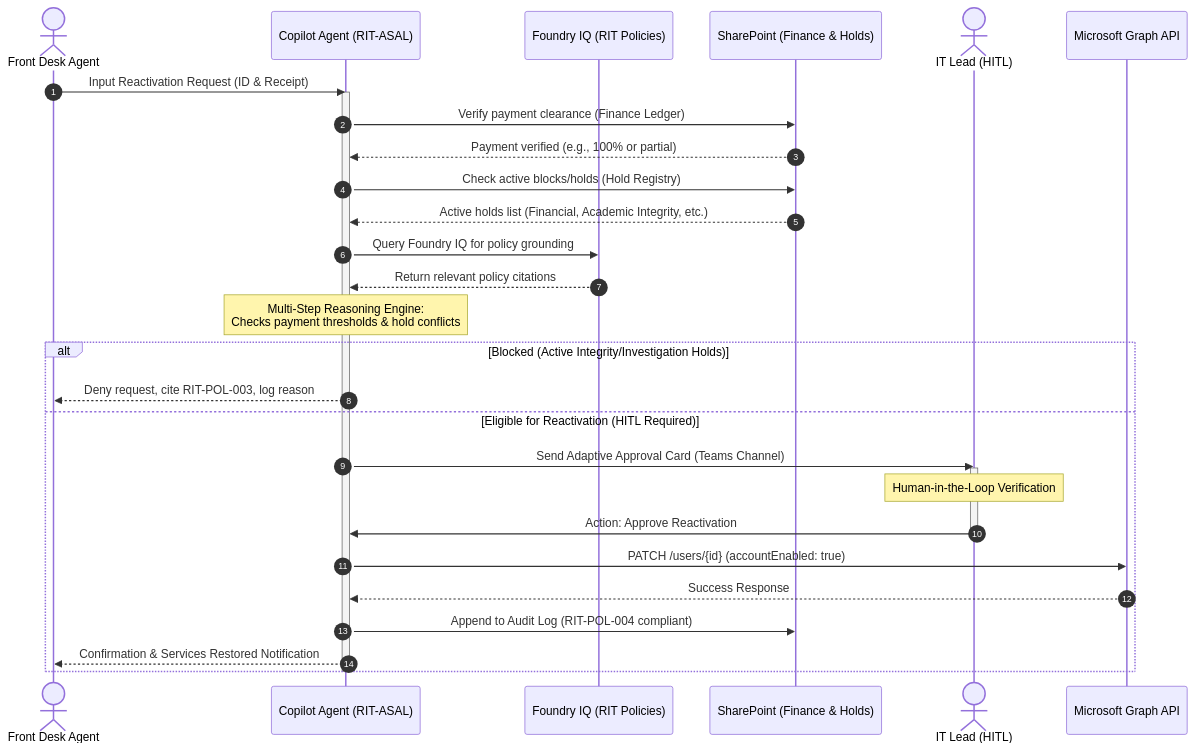
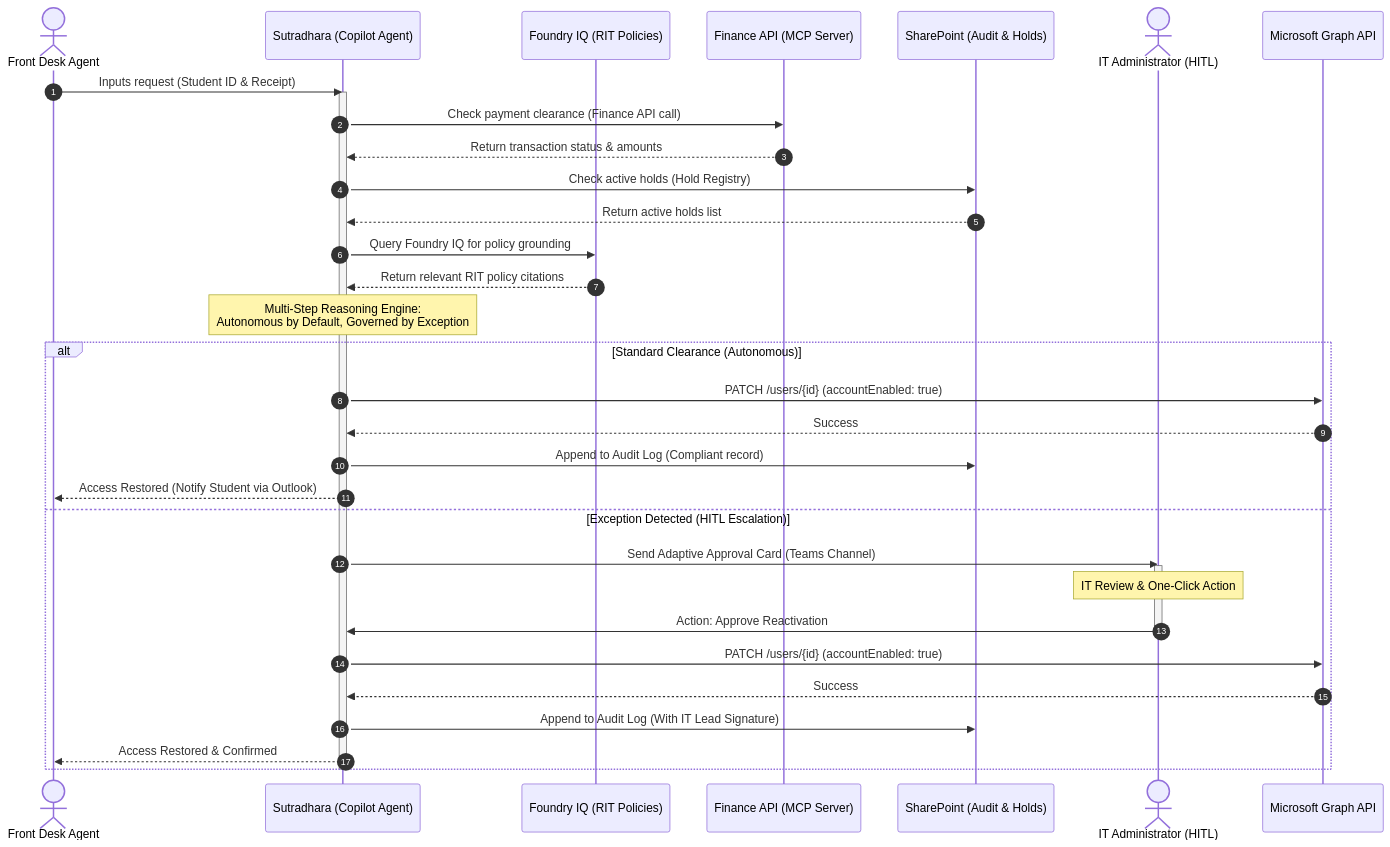
Before and after one commit to Ganesh2006646/Agent-League-Hackathon---microsoft: the diagram in README.md, drawn with Mermaid. The commit also changed other lines of this file and 7 other files, not shown here.

````diff
--- a/README.md
+++ b/README.md
@@ -10,34 +12,38 @@
 ```mermaid
 sequenceDiagram
     autonumber
     actor FD as Front Desk Agent
-    participant C as Copilot Agent (RIT-ASAL)
+    participant S as Sutradhara (Copilot Agent)
     participant KB as Foundry IQ (RIT Policies)
-    participant SP as SharePoint (Finance & Holds)
-    actor IT as IT Lead (HITL)
-    participant MSG as Microsoft Graph API
+    participant MCP as Finance API (MCP Server)
+    participant SP as SharePoint (Audit & Holds)
+    actor IT as IT Administrator (HITL)
+    participant Graph as Microsoft Graph API
 
-    FD->>C: Input Reactivation Request (ID & Receipt)
-    activate C
-    C->>SP: Verify payment clearance (Finance Ledger)
-    SP-->>C: Payment verified (e.g., 100% or partial)
-    C->>SP: Check active blocks/holds (Hold Registry)
-    SP-->>C: Active holds list (Financial, Academic Integrity, etc.)
-    C->>KB: Query Foundry IQ for policy grounding
-    KB-->>C: Return relevant policy citations
-    Note over C: Multi-Step Reasoning Engine:<br/>Checks payment thresholds & hold conflicts
-    alt Blocked (Active Integrity/Investigation Holds)
-        C-->>FD: Deny request, cite RIT-POL-003, log reason
-    else Eligible for Reactivation (HITL Required)
-        C->>IT: Send Adaptive Approval Card (Teams Channel)
+    FD->>S: Inputs request (Student ID & Receipt)
+    activate S
+    S->>MCP: Check payment clearance (Finance API call)
+    MCP-->>S: Return transaction status & amounts
+    S->>SP: Check active holds (Hold Registry)
+    SP-->>S: Return active holds list
+    S->>KB: Query Foundry IQ for policy grounding
+    KB-->>S: Return relevant RIT policy citations
+    Note over S: Multi-Step Reasoning Engine:<br/>Autonomous by Default, Governed by Exception
+    alt Standard Clearance (Autonomous)
+        S->>Graph: PATCH /users/{id} (accountEnabled: true)
+        Graph-->>S: Success
+        S->>SP: Append to Audit Log (Compliant record)
+        S-->>FD: Access Restored (Notify Student via Outlook)
+    else Exception Detected (HITL Escalation)
+        S->>IT: Send Adaptive Approval Card (Teams Channel)
         activate IT
-        Note over IT: Human-in-the-Loop Verification
-        IT->>C: Action: Approve Reactivation
+        Note over IT: IT Review & One-Click Action
+        IT->>S: Action: Approve Reactivation
         deactivate IT
-        C->>MSG: PATCH /users/{id} (accountEnabled: true)
-        MSG-->>C: Success Response
-        C->>SP: Append to Audit Log (RIT-POL-004 compliant)
-        C-->>FD: Confirmation & Services Restored Notification
+        S->>Graph: PATCH /users/{id} (accountEnabled: true)
+        Graph-->>S: Success
+        S->>SP: Append to Audit Log (With IT Lead Signature)
+        S-->>FD: Access Restored & Confirmed
     end
-    deactivate C
+    deactivate S
 ```
````
